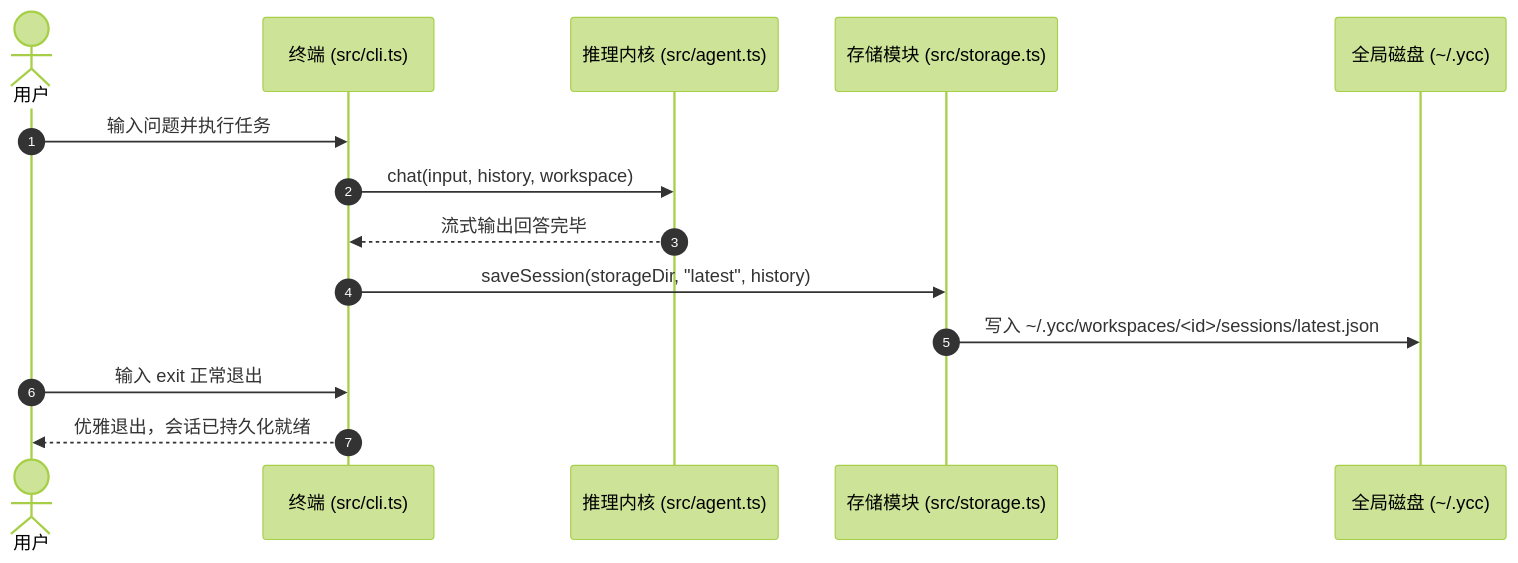
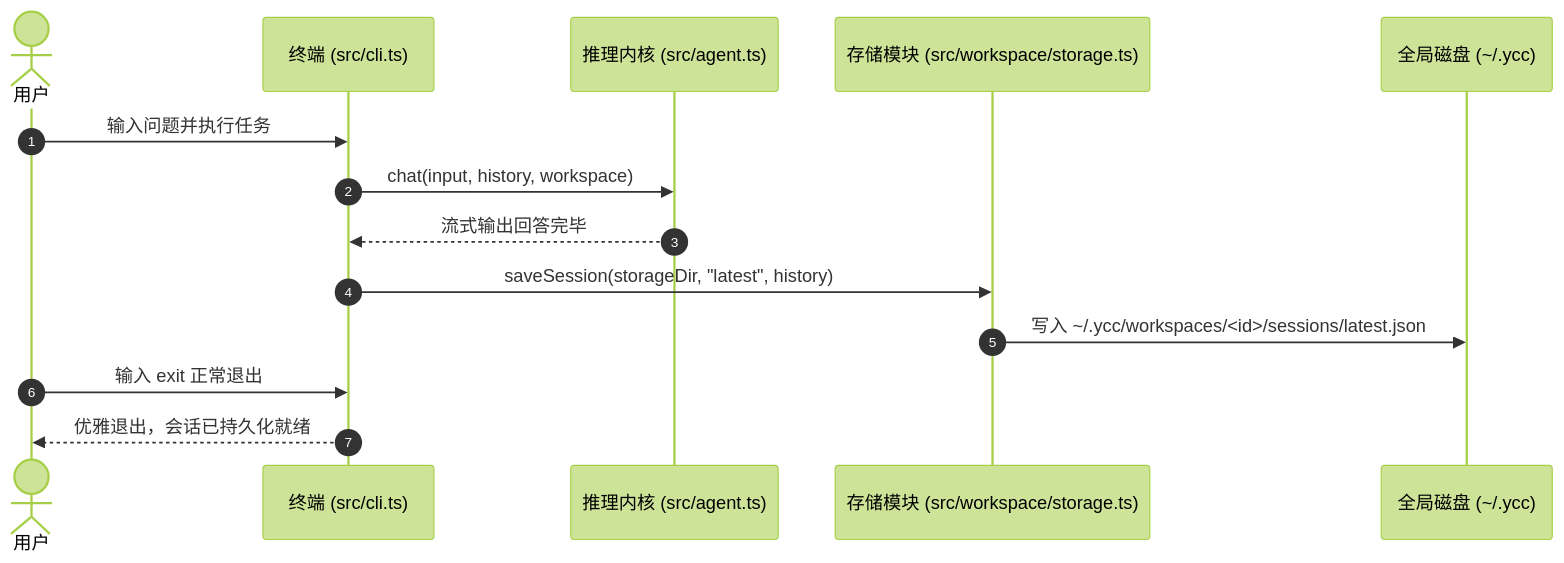
One commit to Yancheng-s/ycc changed the second of 2 diagrams in docs/09-workspace-global-storage.md. Above: the diagram before and after it, drawn with Mermaid (forest theme). The commit also changed other lines of this file and 15 other files, not shown here.

````diff
--- a/docs/09-workspace-global-storage.md
+++ b/docs/09-workspace-global-storage.md
@@ -113,17 +113,17 @@
 ```mermaid
 sequenceDiagram
     autonumber
     actor User as 用户
     participant CLI as 终端 (src/cli.ts)
     participant Agent as 推理内核 (src/agent.ts)
-    participant Storage as 存储模块 (src/storage.ts)
+    participant Storage as 存储模块 (src/workspace/storage.ts)
     participant Disk as 全局磁盘 (~/.ycc)
 
     User->>CLI: 输入问题并执行任务
     CLI->>Agent: chat(input, history, workspace)
     Agent-->>CLI: 流式输出回答完毕
     CLI->>Storage: saveSession(storageDir, "latest", history)
     Storage->>Disk: 写入 ~/.ycc/workspaces/<id>/sessions/latest.json
     User->>CLI: 输入 exit 正常退出
     CLI-->>User: 优雅退出，会话已持久化就绪
 ```
````
